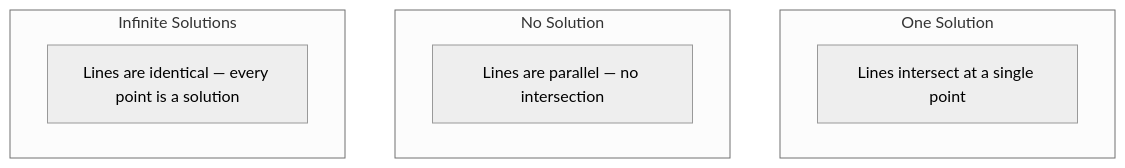
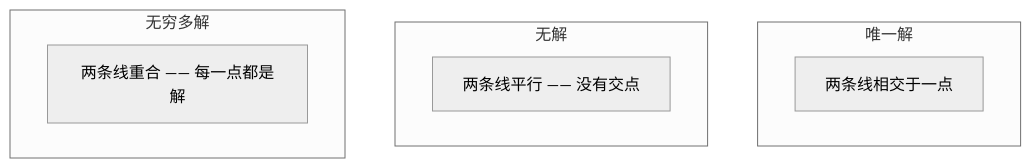
The second of 2 diagrams in phases/01-math-foundations/17-linear-systems/docs/zh.md (alessandrodinisio-ai/ai-engineering-learning-framework), drawn with Mermaid (neutral theme) before and after one commit. The commit also changed other lines of this file and 120 other files, not shown here.

First line of the commit message:
i18n(mermaid): 337 个 mermaid 图表标签中文化

````diff
--- a/phases/01-math-foundations/17-linear-systems/docs/zh.md
+++ b/phases/01-math-foundations/17-linear-systems/docs/zh.md
@@ -44,12 +44,12 @@
 ```mermaid
 graph TD
-    subgraph "One Solution"
-        A1["Lines intersect at a single point"]
+    subgraph "唯一解"
+        A1["两条线相交于一点"]
     end
-    subgraph "No Solution"
-        A2["Lines are parallel — no intersection"]
+    subgraph "无解"
+        A2["两条线平行 —— 没有交点"]
     end
-    subgraph "Infinite Solutions"
-        A3["Lines are identical — every point is a solution"]
+    subgraph "无穷多解"
+        A3["两条线重合 —— 每一点都是解"]
     end
 ```
````
